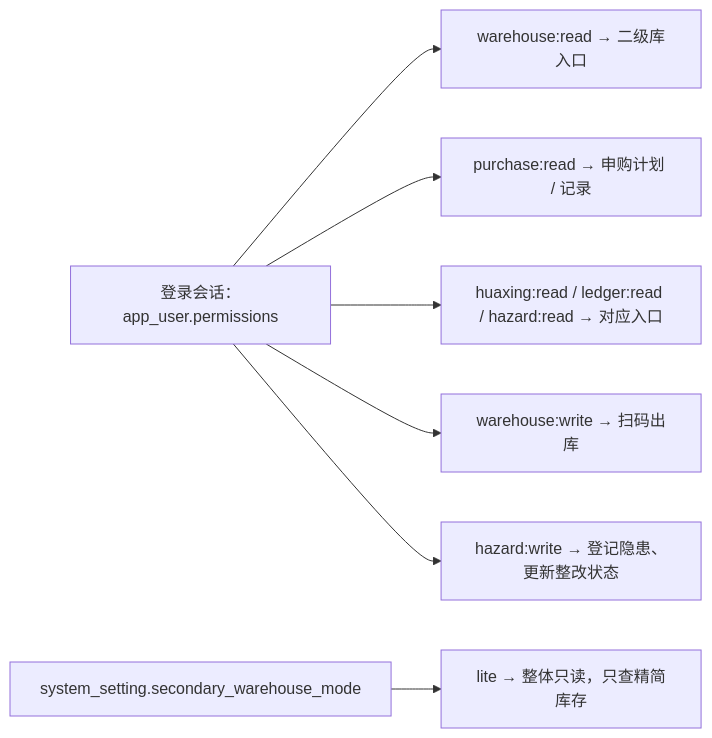
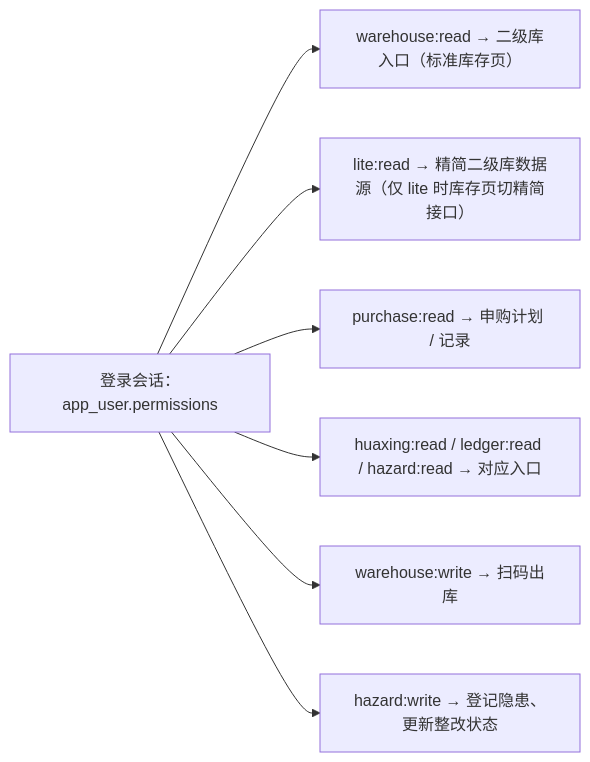
The tenth of 10 diagrams in docs/websites/pages/dev-architecture.md (Sakana-1314/Electrical-Manager), drawn with Mermaid before and after one commit. The commit also changed other lines of this file and 69 other files, not shown here.

````diff
--- a/docs/websites/pages/dev-architecture.md
+++ b/docs/websites/pages/dev-architecture.md
@@ -1141,9 +1140,9 @@
 ```mermaid
 flowchart LR
-    U["登录会话：app_user.permissions"] --> R1["warehouse:read → 二级库入口"]
+    U["登录会话：app_user.permissions"] --> R1["warehouse:read → 二级库入口（标准库存页）"]
+    U --> R1b["lite:read → 精简二级库数据源（仅 lite 时库存页切精简接口）"]
     U --> R2["purchase:read → 申购计划 / 记录"]
     U --> R3["huaxing:read / ledger:read / hazard:read → 对应入口"]
     U --> W1["warehouse:write → 扫码出库"]
     U --> W2["hazard:write → 登记隐患、更新整改状态"]
-    S["system_setting.secondary_warehouse_mode"] --> L["lite → 整体只读，只查精简库存"]
 ```
````
